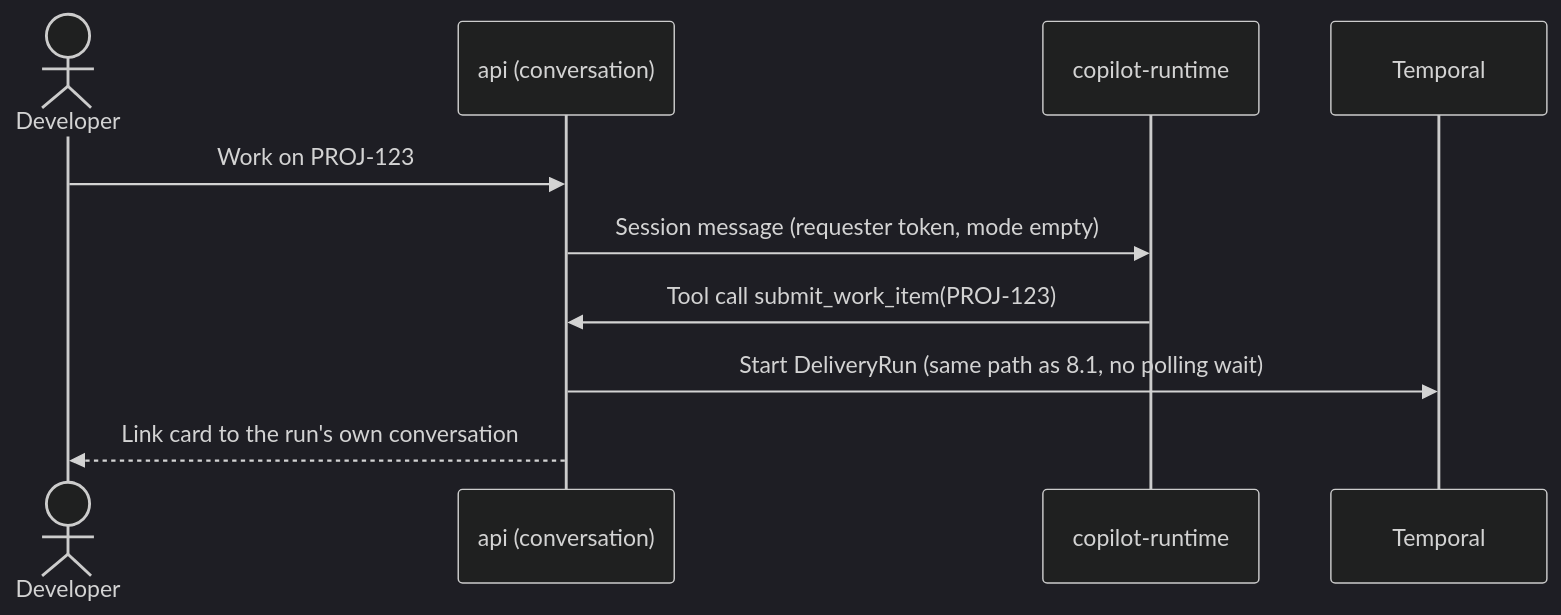
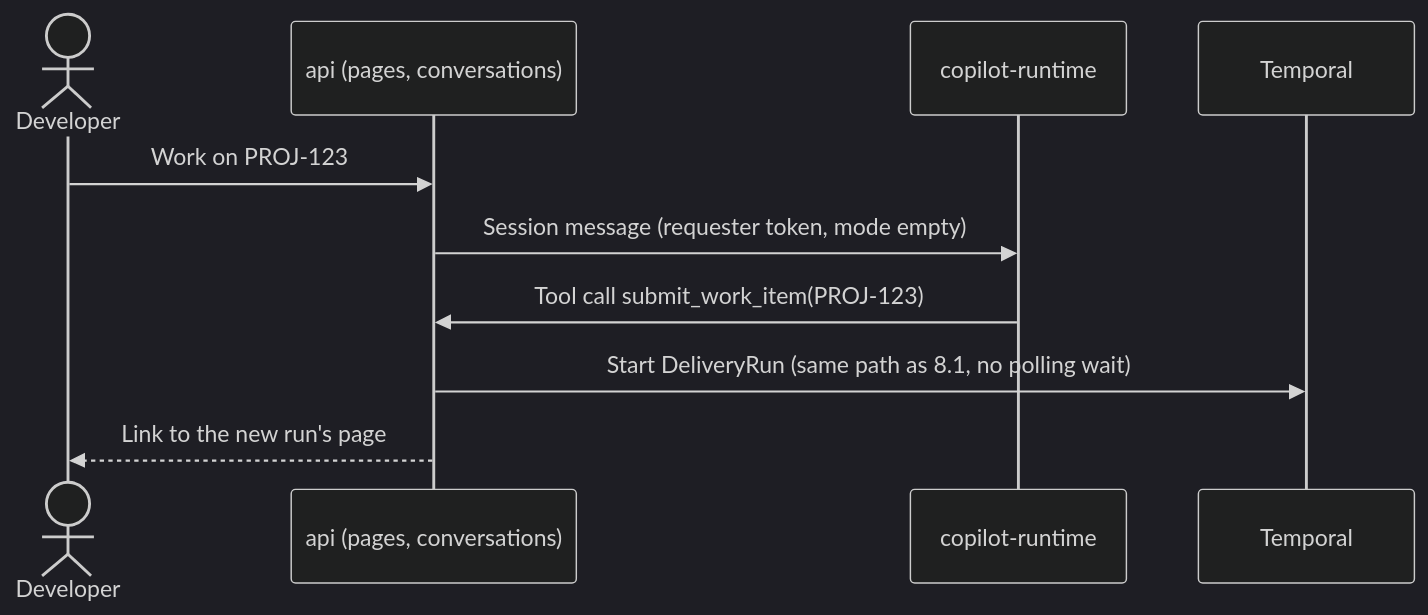
One commit to luigi-lt/orchestrator changed the seventh of 9 diagrams in docs/architecture.md. Above: the diagram before and after it, drawn with Mermaid (dark theme). The commit also changed other lines of this file and 1 other file, not shown here.

First line of the commit message:
Design the user view as pages with an agent panel (layout C)

````diff
--- a/docs/architecture.md
+++ b/docs/architecture.md
@@ -646,12 +653,12 @@
 ```mermaid
 sequenceDiagram
   actor Dev as Developer
-  participant API as api (conversation)
+  participant API as api (pages, conversations)
   participant CR as copilot-runtime
   participant T as Temporal
   Dev->>API: Work on PROJ-123
   API->>CR: Session message (requester token, mode empty)
   CR->>API: Tool call submit_work_item(PROJ-123)
   API->>T: Start DeliveryRun (same path as 8.1, no polling wait)
-  API-->>Dev: Link card to the run's own conversation
+  API-->>Dev: Link to the new run's page
 ```
````
